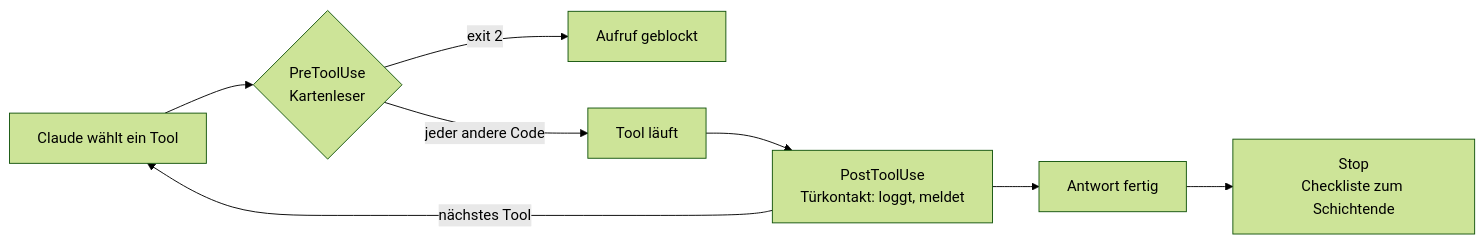
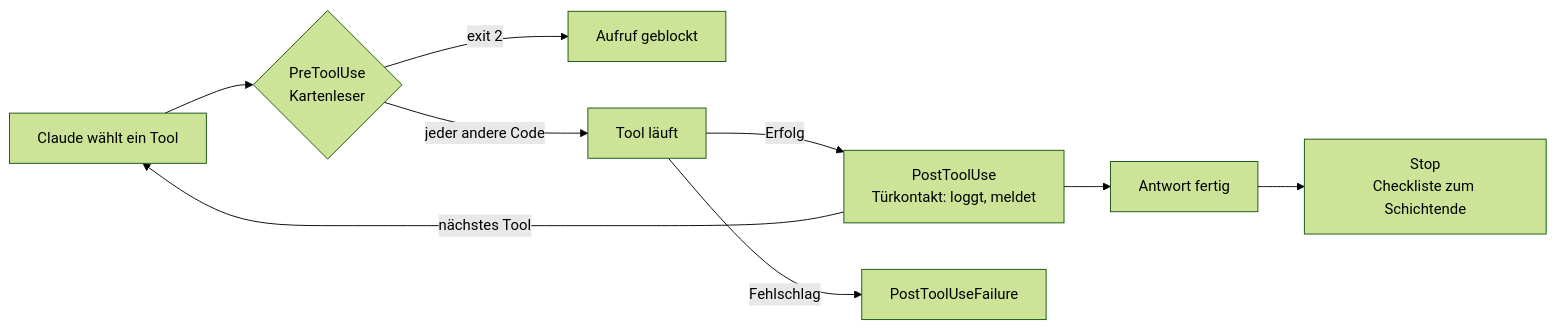
Before and after one commit to dynamic-dome/dynamic-workshop: the diagram in resources/library/s2-06-hooks-als-sensoren.md, drawn with Mermaid (forest theme). The commit also changed other lines of this file, not shown here.

````diff
--- a/resources/library/s2-06-hooks-als-sensoren.md
+++ b/resources/library/s2-06-hooks-als-sensoren.md
@@ -41,10 +41,11 @@
 ```mermaid
 flowchart LR
   A["Claude wählt ein Tool"] --> B{"PreToolUse<br/>Kartenleser"}
   B -- "exit 2" --> X["Aufruf geblockt"]
   B -- "jeder andere Code" --> C["Tool läuft"]
-  C --> D["PostToolUse<br/>Türkontakt: loggt, meldet"]
+  C -- "Erfolg" --> D["PostToolUse<br/>Türkontakt: loggt, meldet"]
+  C -- "Fehlschlag" --> F["PostToolUseFailure"]
   D -- "nächstes Tool" --> A
   D --> E["Antwort fertig"]
-  E --> F["Stop<br/>Checkliste zum Schichtende"]
+  E --> G["Stop<br/>Checkliste zum Schichtende"]
 ```
````
